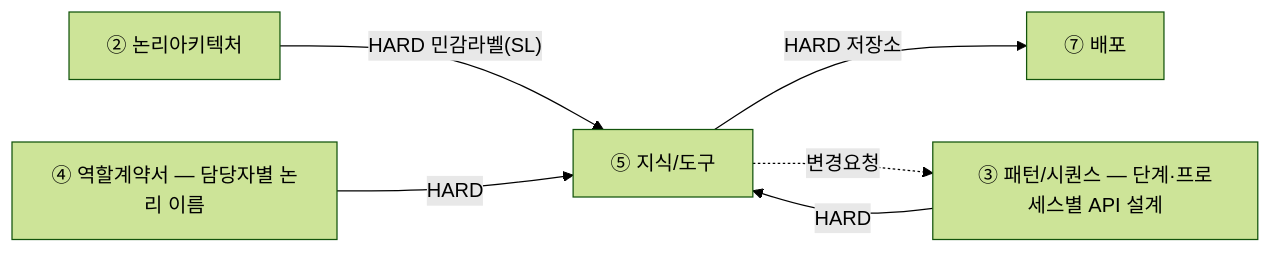
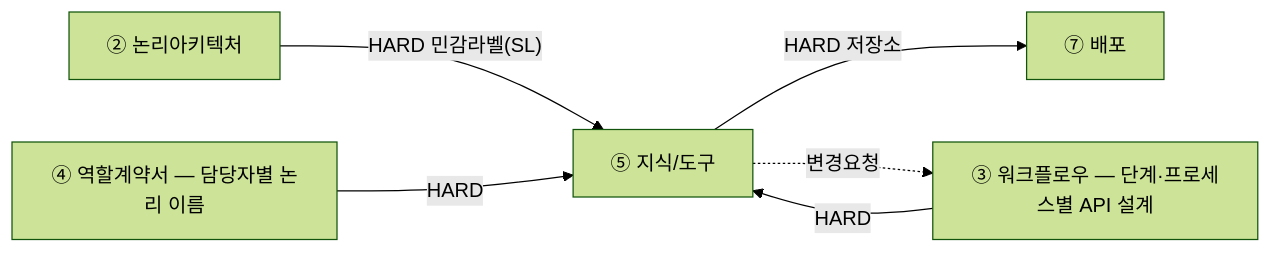
Before and after one commit to unicorn-campus/unicorn-skills: the diagram in design-architecture/guides/05-지식도구설계-가이드.md, drawn with Mermaid (forest theme). The commit also changed other lines of this file and 26 other files, not shown here.

First line of the commit message:
Rename design document ③ from 패턴/시퀀스 to 워크플로우

````diff
--- a/design-architecture/guides/05-지식도구설계-가이드.md
+++ b/design-architecture/guides/05-지식도구설계-가이드.md
@@ -16,9 +16,9 @@
 ```mermaid
 flowchart LR
   P5["⑤ 지식/도구"]
   P2["② 논리아키텍처"] -->|"HARD 민감라벨(SL)"| P5
-  P3["③ 패턴/시퀀스 — 단계·프로세스별 API 설계"] -->|"HARD"| P5
+  P3["③ 워크플로우 — 단계·프로세스별 API 설계"] -->|"HARD"| P5
   P4["④ 역할계약서 — 담당자별 논리 이름"] -->|"HARD"| P5
   P5 -->|"HARD 저장소"| P7["⑦ 배포"]
   P5 -.변경요청.-> P3
 ```
````
